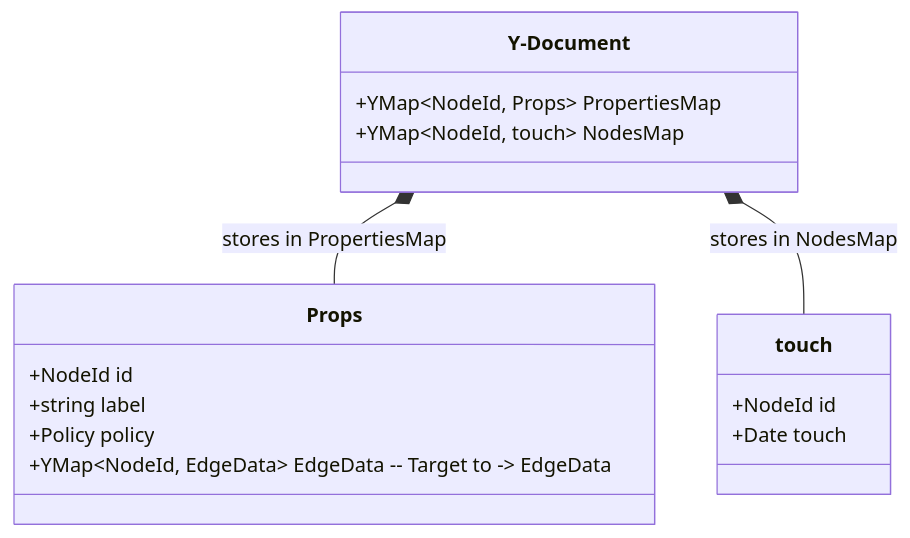
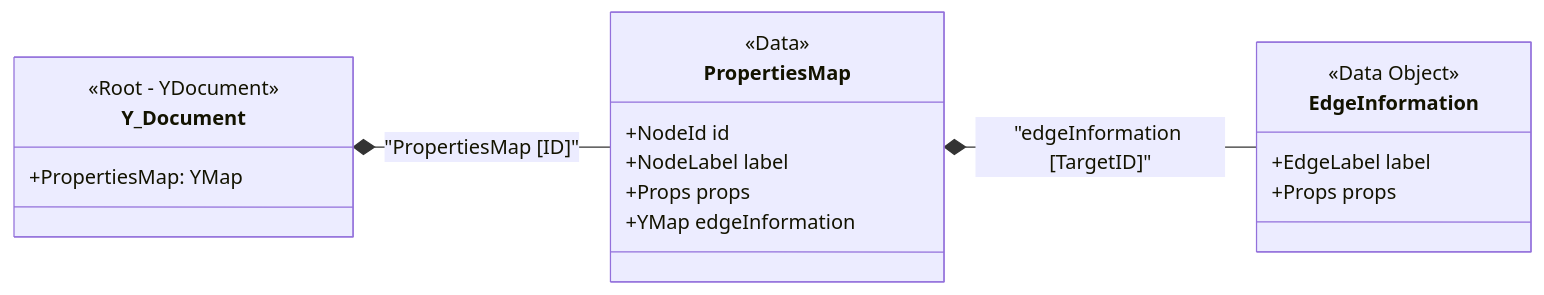
One commit to MichaLandgram/Property_Graph_CRDT changed the second of 5 diagrams in MasterReactApp_ts/Thoughts/Architecture/PG-Gaph_CRDT.md. Above: the diagram before and after it, drawn with Mermaid. The commit also changed other lines of this file, not shown here.

````diff
--- a/MasterReactApp_ts/Thoughts/Architecture/PG-Gaph_CRDT.md
+++ b/MasterReactApp_ts/Thoughts/Architecture/PG-Gaph_CRDT.md
@@ -68,23 +44,25 @@
 ```mermaid
 classDiagram
-    %% Top Level Stores
-    class Y-Document {
-        +YMap~NodeId, Props~ PropertiesMap
-        +YMap~NodeId, touch~ NodesMap
+    direction LR
+    class Y_Document {
+        <<Root - YDocument>>
+        +PropertiesMap: YMap
     }
 
-    class Props {
+    class PropertiesMap {
+        <<Data>>
         +NodeId id
-        +string label
-        +Policy policy
-        +YMap~NodeId, EdgeData~ EdgeData -- Target to -> EdgeData
+        +NodeLabel label
+        +Props props
+        +YMap edgeInformation
     }
 
-    class touch {
-        +NodeId id
-        +Date touch
+    class EdgeInformation {
+        <<Data Object>>
+        +EdgeLabel label
+        +Props props
     }
 
-    Y-Document *-- Props : stores in PropertiesMap
-    Y-Document *-- touch : stores in NodesMap
+    Y_Document *-- PropertiesMap : "PropertiesMap [ID]"
+    PropertiesMap *-- EdgeInformation : "edgeInformation [TargetID]"
 ```
````
